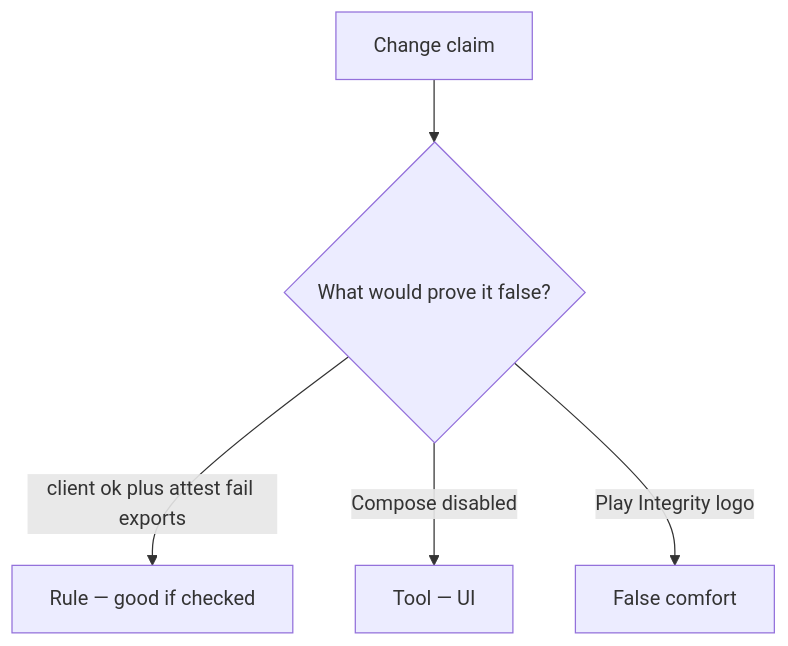
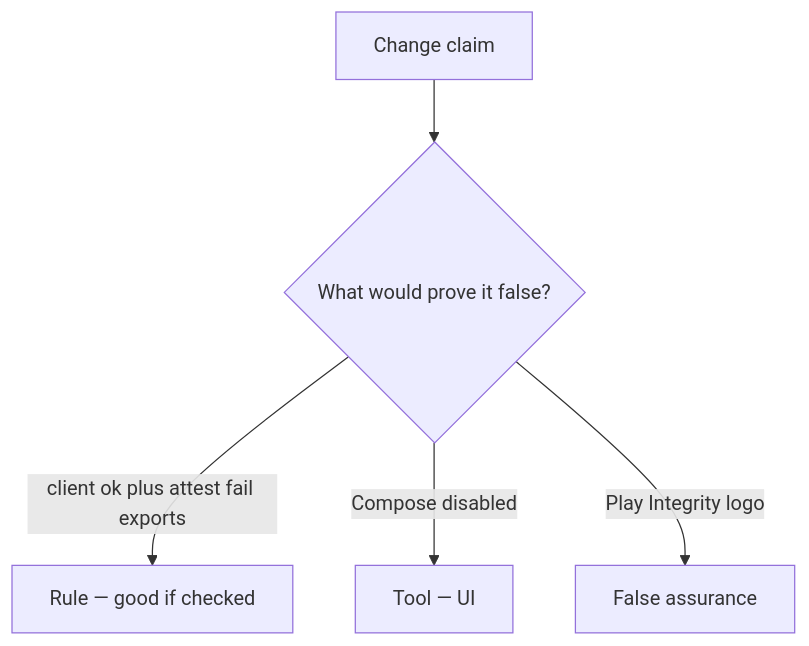
The diagram in content/modules/8/8.1/lessons/08-review.md (ishitvagoel/LearnSecurity), drawn with Mermaid before and after one commit. The commit also changed other lines of this file and 240 other files, not shown here.

````diff
--- a/content/modules/8/8.1/lessons/08-review.md
+++ b/content/modules/8/8.1/lessons/08-review.md
@@ -18,7 +18,7 @@
 ```mermaid
 flowchart TD
   Claim[Change claim] --> Q{"What would prove it false?"}
   Q -->|client ok plus attest fail exports| Property["Rule — good if checked"]
   Q -->|Compose disabled| Mechanism[Tool — UI]
-  Q -->|Play Integrity logo| False[False comfort]
+  Q -->|Play Integrity logo| False[False assurance]
 ```
````
